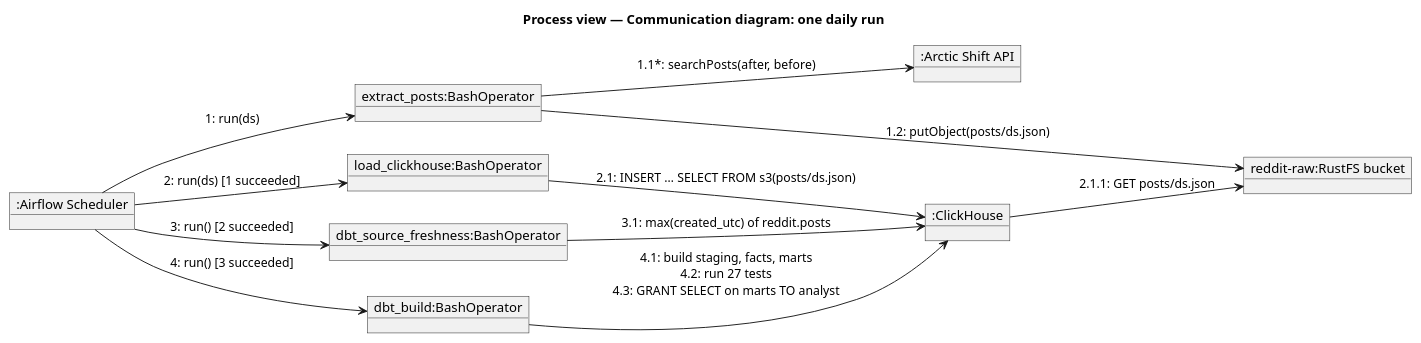
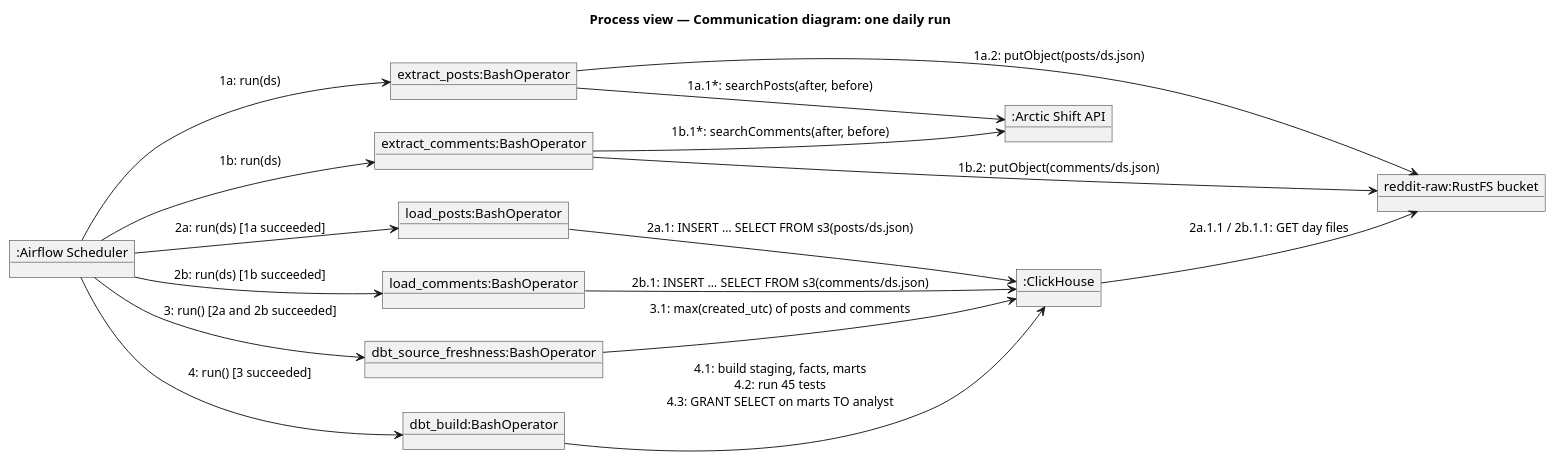
Before and after one commit to modsomjeed/reddit-dataeng: the diagram in docs/architecture/diagrams/communication-daily-run.puml, drawn with PlantUML. The commit also changed 14 other files, not shown here.

Commit message:
docs(architecture): add comments to the 4+1 views

```diff
--- a/docs/architecture/diagrams/communication-daily-run.puml
+++ b/docs/architecture/diagrams/communication-daily-run.puml
@@ -1,25 +1,32 @@
 @startuml communication-daily-run
 title Process view — Communication diagram: one daily run
 skinparam shadowing false
 left to right direction
 
 object ":Airflow Scheduler" as scheduler
-object "extract_posts:BashOperator" as extract
-object "load_clickhouse:BashOperator" as load
+object "extract_posts:BashOperator" as extractp
+object "extract_comments:BashOperator" as extractc
+object "load_posts:BashOperator" as loadp
+object "load_comments:BashOperator" as loadc
 object "dbt_source_freshness:BashOperator" as fresh
 object "dbt_build:BashOperator" as dbt
 object ":Arctic Shift API" as arctic
 object "reddit-raw:RustFS bucket" as bucket
 object ":ClickHouse" as ch
 
-scheduler --> extract : "1: run(ds)"
-extract --> arctic : "1.1*: searchPosts(after, before)"
-extract --> bucket : "1.2: putObject(posts/ds.json)"
-scheduler --> load : "2: run(ds) [1 succeeded]"
-load --> ch : "2.1: INSERT … SELECT FROM s3(posts/ds.json)"
-ch --> bucket : "2.1.1: GET posts/ds.json"
-scheduler --> fresh : "3: run() [2 succeeded]"
-fresh --> ch : "3.1: max(created_utc) of reddit.posts"
+scheduler --> extractp : "1a: run(ds)"
+scheduler --> extractc : "1b: run(ds)"
+extractp --> arctic : "1a.1*: searchPosts(after, before)"
+extractc --> arctic : "1b.1*: searchComments(after, before)"
+extractp --> bucket : "1a.2: putObject(posts/ds.json)"
+extractc --> bucket : "1b.2: putObject(comments/ds.json)"
+scheduler --> loadp : "2a: run(ds) [1a succeeded]"
+scheduler --> loadc : "2b: run(ds) [1b succeeded]"
+loadp --> ch : "2a.1: INSERT … SELECT FROM s3(posts/ds.json)"
+loadc --> ch : "2b.1: INSERT … SELECT FROM s3(comments/ds.json)"
+ch --> bucket : "2a.1.1 / 2b.1.1: GET day files"
+scheduler --> fresh : "3: run() [2a and 2b succeeded]"
+fresh --> ch : "3.1: max(created_utc) of posts and comments"
 scheduler --> dbt : "4: run() [3 succeeded]"
-dbt --> ch : "4.1: build staging, facts, marts\n4.2: run 27 tests\n4.3: GRANT SELECT on marts TO analyst"
+dbt --> ch : "4.1: build staging, facts, marts\n4.2: run 45 tests\n4.3: GRANT SELECT on marts TO analyst"
 @enduml
```
